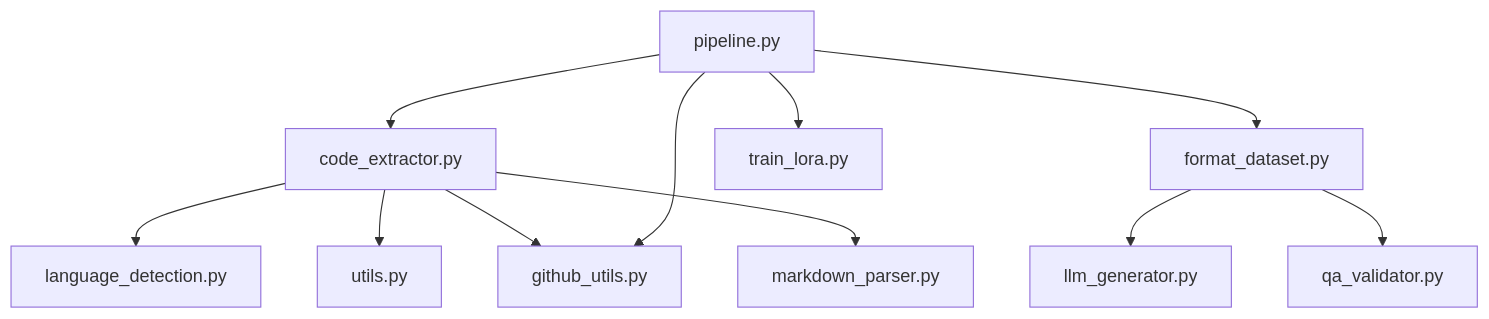
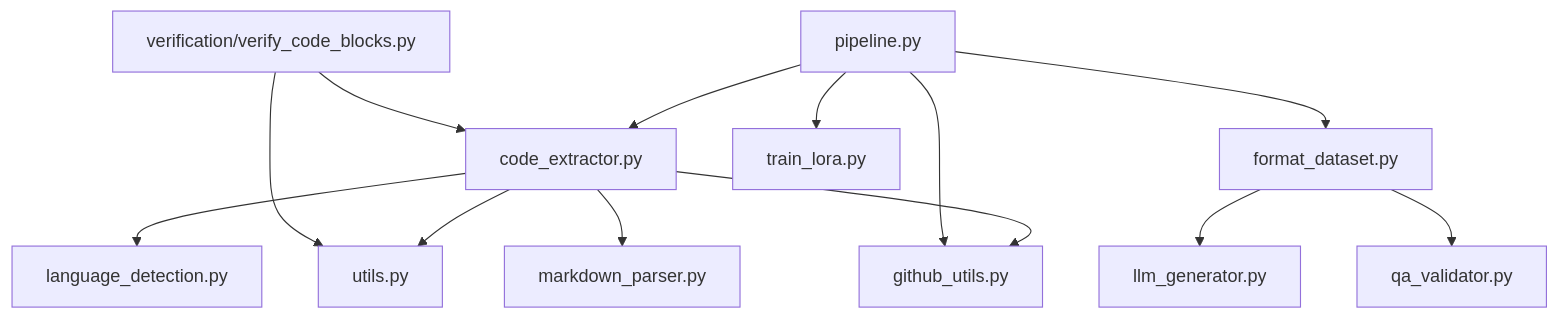
One commit to grahama1970/agent_tools changed the diagram in src/agent_tools/dualipa/docs/module_relationships.md. Above: the diagram before and after it, drawn with Mermaid. The commit also changed other lines of this file and 131 other files, not shown here.

````diff
--- a/src/agent_tools/dualipa/docs/module_relationships.md
+++ b/src/agent_tools/dualipa/docs/module_relationships.md
@@ -5,15 +5,18 @@
 ```mermaid
 graph TD
     A[code_extractor.py] --> B[language_detection.py]
     A --> C[utils.py]
     A --> D[github_utils.py]
     A --> E[markdown_parser.py]
     
     F[pipeline.py] --> A
     F --> D
     F --> G[format_dataset.py]
     F --> H[train_lora.py]
     
     G --> I[llm_generator.py]
     G --> J[qa_validator.py]
+    
+    K[verification/verify_code_blocks.py] --> A
+    K[verification/verify_code_blocks.py] --> C
 ```
````
